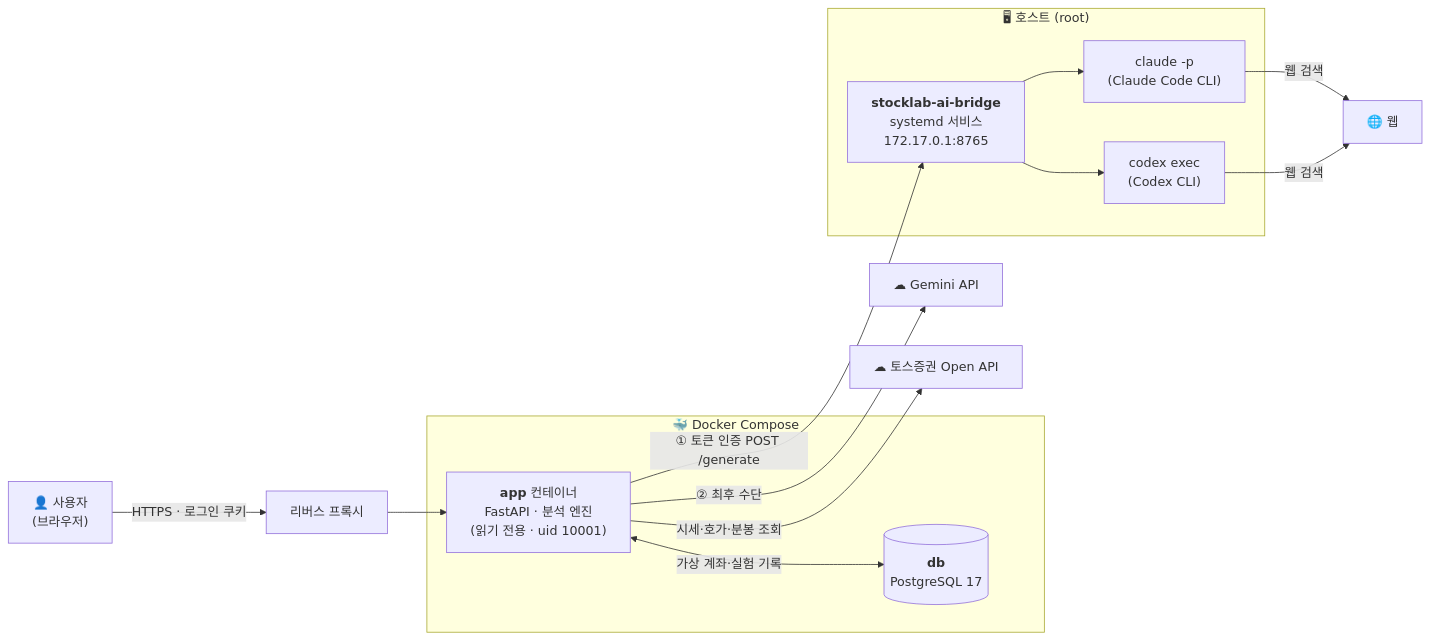
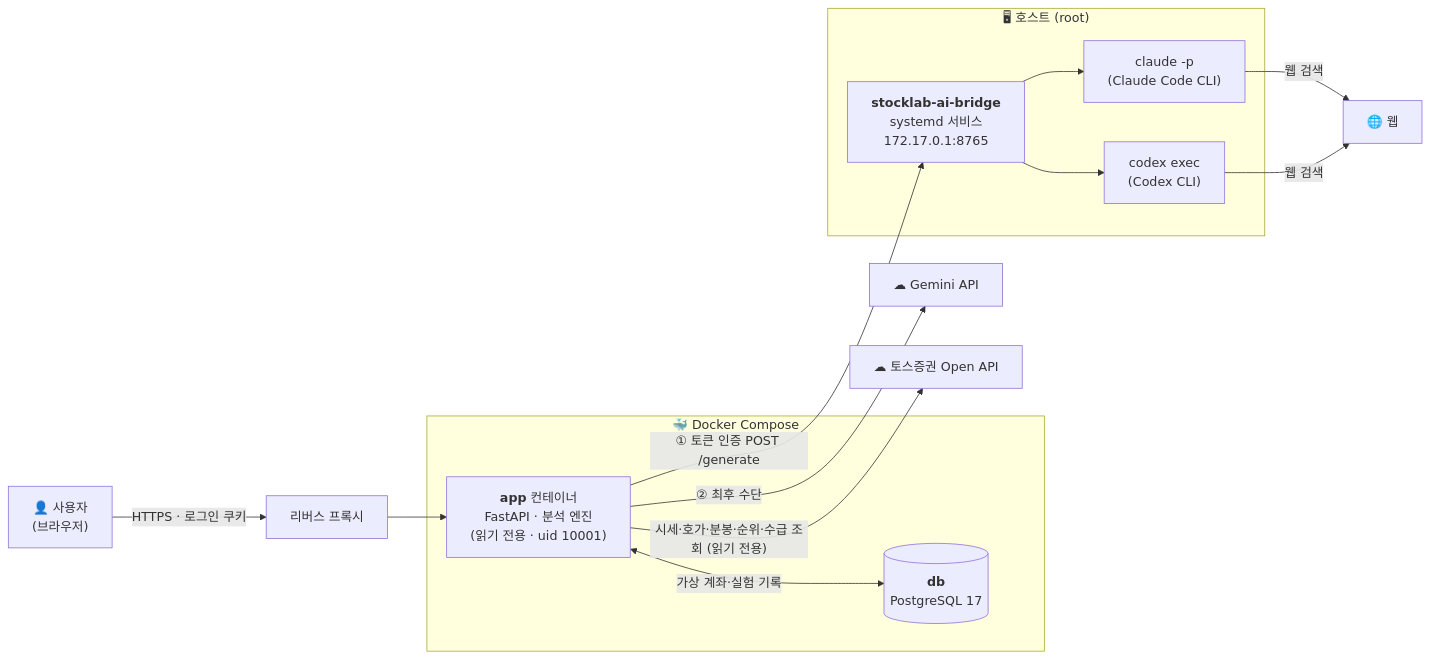
Before and after one commit to eshir0/stock-lab: the first of 6 diagrams in README.md, drawn with Mermaid. The commit also changed other lines of this file and 24 other files, not shown here.

````diff
--- a/README.md
+++ b/README.md
@@ -64,25 +97,25 @@
 ```mermaid
 flowchart LR
     U["👤 사용자<br/>(브라우저)"] -->|HTTPS · 로그인 쿠키| P["리버스 프록시"]
     P --> APP
 
     subgraph DOCKER["🐳 Docker Compose"]
         APP["<b>app</b> 컨테이너<br/>FastAPI · 분석 엔진<br/>(읽기 전용 · uid 10001)"]
         DB[("<b>db</b><br/>PostgreSQL 17")]
         APP <-->|가상 계좌·실험 기록| DB
     end
 
     subgraph HOST["🖥 호스트 (root)"]
         BR["<b>stocklab-ai-bridge</b><br/>systemd 서비스<br/>172.17.0.1:8765"]
         CC["claude -p<br/>(Claude Code CLI)"]
         CX["codex exec<br/>(Codex CLI)"]
         BR --> CC
         BR --> CX
     end
 
     APP -->|"① 토큰 인증 POST /generate"| BR
     APP -->|"② 최후 수단"| GM["☁ Gemini API"]
-    APP -->|시세·호가·분봉 조회| TS["☁ 토스증권 Open API"]
+    APP -->|"시세·호가·분봉·순위·수급 조회 (읽기 전용)"| TS["☁ 토스증권 Open API"]
     CC -->|웹 검색| WEB["🌐 웹"]
     CX -->|웹 검색| WEB
 ```
````
